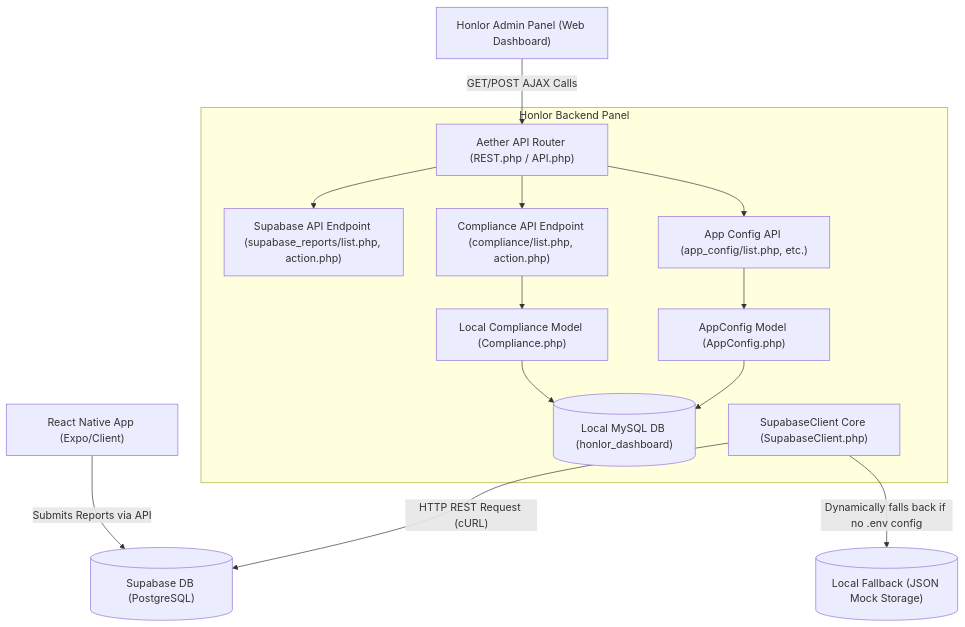
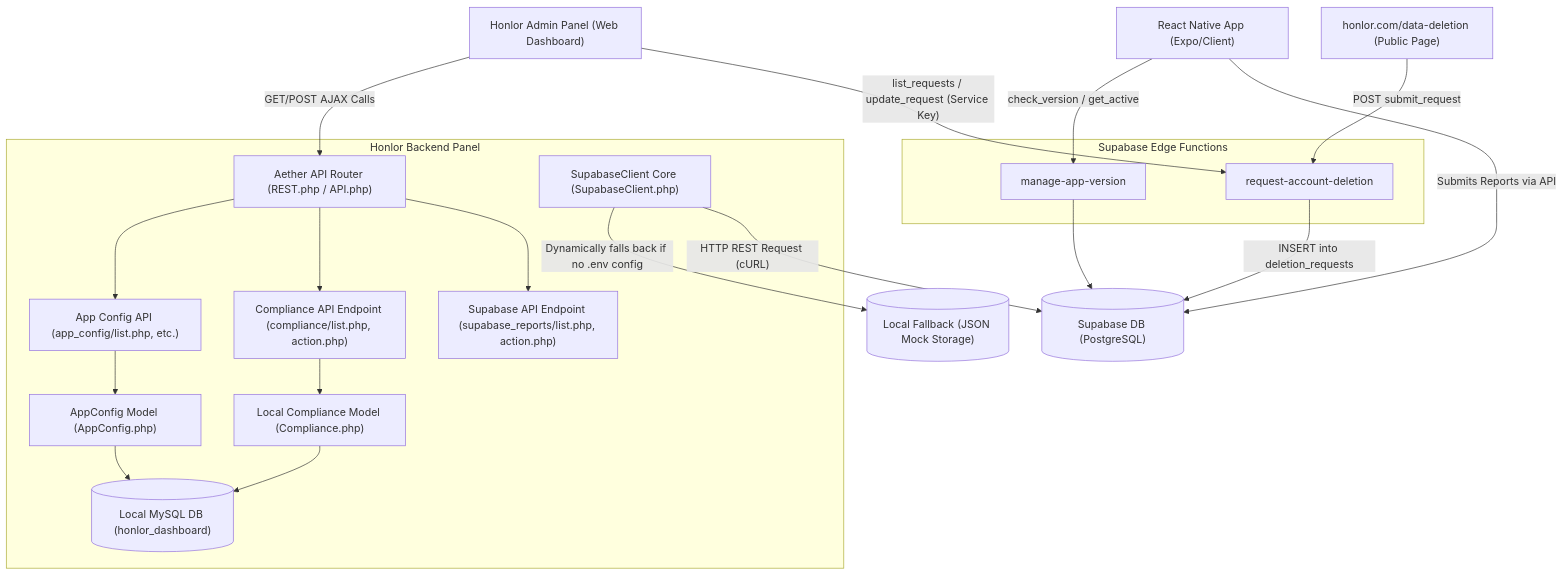
The diagram in ARCHITECTURE_DIAGRAM.mmd (sakilobm/honlor-backend-panel), drawn with Mermaid before and after one commit. The commit also changed 9 other files, not shown here.

Commit message:
feat: implement Supabase deletion request system with database migration and edge function support

```diff
--- a/ARCHITECTURE_DIAGRAM.mmd
+++ b/ARCHITECTURE_DIAGRAM.mmd
@@ -1,42 +1,58 @@
 graph TD
     %% Nodes & Client Apps
     RNApp["React Native App (Expo/Client)"]
     AdminPanel["Honlor Admin Panel (Web Dashboard)"]
+    DataDeletionPage["honlor.com/data-deletion (Public Page)"]
 
     %% Databases & Storage
     SupabaseDB[("Supabase DB (PostgreSQL)")]
     LocalMockDB[("Local Fallback (JSON Mock Storage)")]
     LocalMySQL[("Local MySQL DB (honlor_dashboard)")]
 
     %% Backend Controllers (PHP API Engine)
     subgraph Honlor Backend Panel
         Router["Aether API Router (REST.php / API.php)"]
         SBApi["Supabase API Endpoint (supabase_reports/list.php, action.php)"]
         SBC["SupabaseClient Core (SupabaseClient.php)"]
         
         LocalApi["Compliance API Endpoint (compliance/list.php, action.php)"]
         LocalModel["Local Compliance Model (Compliance.php)"]
         
         Router --> SBApi
         Router --> LocalApi
         
         LocalApi --> LocalModel
         
         AppConfigApi["App Config API (app_config/list.php, etc.)"]
         AppConfigModel["AppConfig Model (AppConfig.php)"]
         
         Router --> AppConfigApi
         AppConfigApi --> AppConfigModel
         
         LocalModel --> LocalMySQL
         AppConfigModel --> LocalMySQL
     end
 
+    %% Edge Functions
+    subgraph Supabase Edge Functions
+        DeletionEF["request-account-deletion"]
+        AppVersionEF["manage-app-version"]
+    end
+
     %% Client and Database Interactions
     RNApp -- "Submits Reports via API" --> SupabaseDB
     
     SBC -- "HTTP REST Request (cURL)" --> SupabaseDB
     SBC -- "Dynamically falls back if no .env config" --> LocalMockDB
 
+    %% Data Deletion Flow
+    DataDeletionPage -- "POST submit_request" --> DeletionEF
+    DeletionEF -- "INSERT into deletion_requests" --> SupabaseDB
+    AdminPanel -- "list_requests / update_request (Service Key)" --> DeletionEF
+
+    %% App Version Flow
+    RNApp -- "check_version / get_active" --> AppVersionEF
+    AppVersionEF --> SupabaseDB
+
     %% Dashboard Interactions
     AdminPanel -- "GET/POST AJAX Calls" --> Router
```
